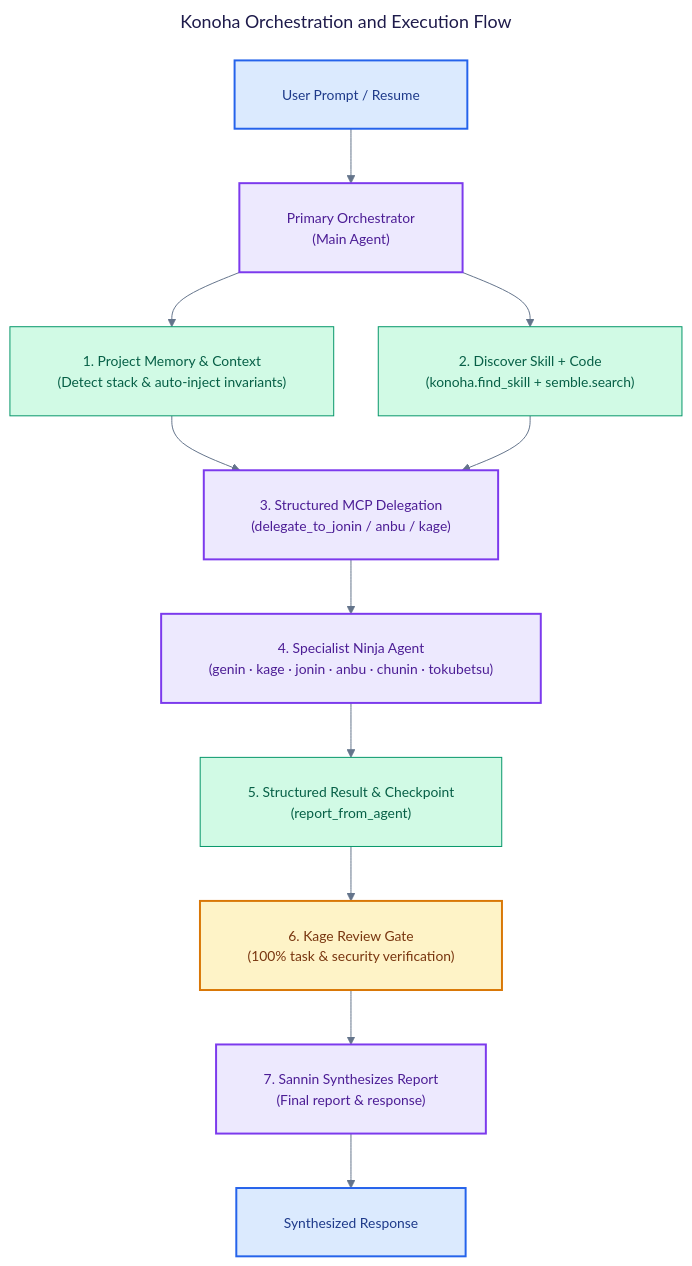
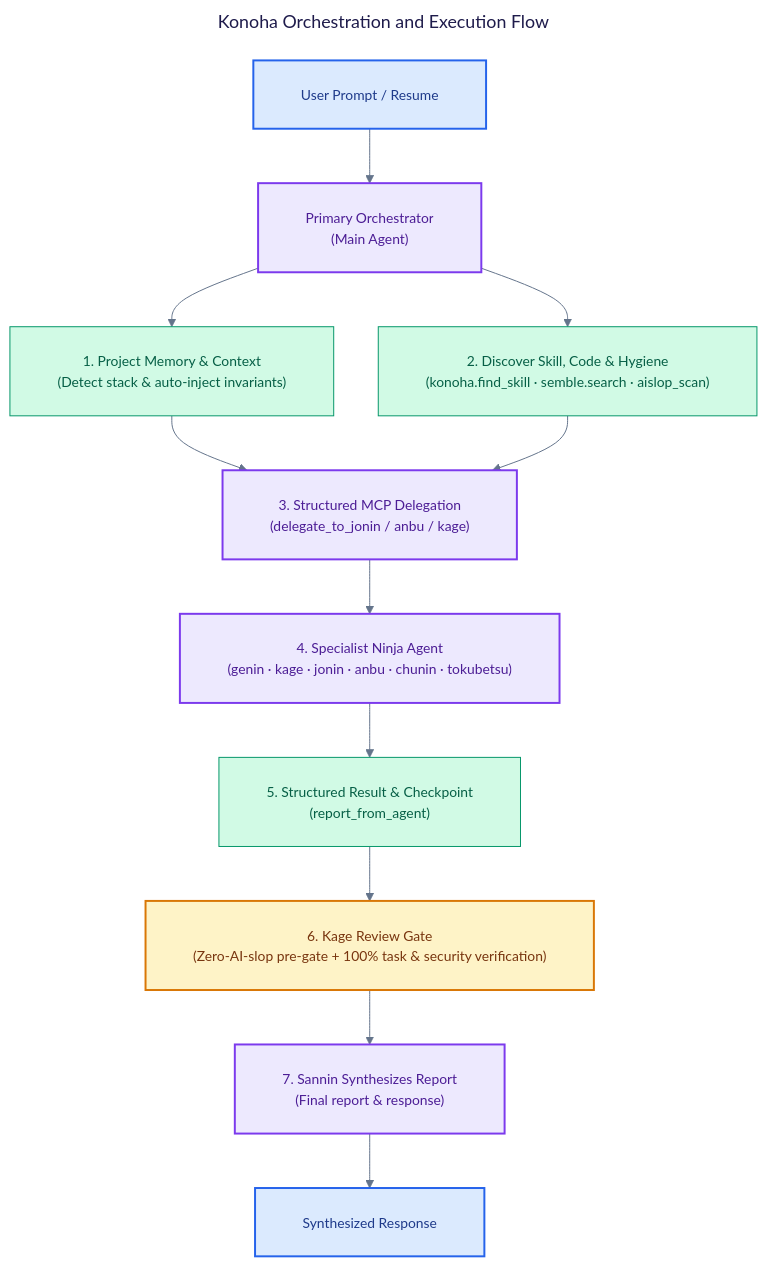
Before and after one commit to andycungkrinx91/konoha: the first of 2 diagrams in README.md, drawn with Mermaid. The commit also changed other lines of this file and 65 other files, not shown here.

````diff
--- a/README.md
+++ b/README.md
@@ -279,43 +299,43 @@
 ```mermaid
 ---
 title: Konoha Orchestration and Execution Flow
 config:
   theme: base
   themeVariables:
     background: '#ffffff'
     primaryColor: '#ede9fe'
     primaryTextColor: '#1e1b4b'
     primaryBorderColor: '#7c3aed'
     lineColor: '#64748b'
     secondaryColor: '#d1fae5'
     tertiaryColor: '#dbeafe'
     fontFamily: 'Inter, system-ui, sans-serif'
     fontSize: '14px'
   flowchart:
     nodeSpacing: 45
     rankSpacing: 55
     padding: 24
     wrappingWidth: 380
 ---
 flowchart TB
     Prompt["User Prompt / Resume"] --> Orchestrator["Primary Orchestrator<br/>(Main Agent)"]
     Orchestrator --> Context["1. Project Memory & Context<br/>(Detect stack & auto-inject invariants)"]
-    Orchestrator --> Discover["2. Discover Skill + Code<br/>(konoha.find_skill + semble.search)"]
+    Orchestrator --> Discover["2. Discover Skill, Code & Hygiene<br/>(konoha.find_skill · semble.search · aislop_scan)"]
     Context --> Delegate["3. Structured MCP Delegation<br/>(delegate_to_jonin / anbu / kage)"]
     Discover --> Delegate
     Delegate --> Agent["4. Specialist Ninja Agent<br/>(genin · kage · jonin · anbu · chunin · tokubetsu)"]
     Agent --> Report["5. Structured Result & Checkpoint<br/>(report_from_agent)"]
-    Report --> Review["6. Kage Review Gate<br/>(100% task & security verification)"]
+    Report --> Review["6. Kage Review Gate<br/>(Zero-AI-slop pre-gate + 100% task & security verification)"]
     Review --> Synthesize["7. Sannin Synthesizes Report<br/>(Final report & response)"]
     Synthesize --> Response["Synthesized Response"]
 
     classDef user fill:#dbeafe,stroke:#2563eb,color:#1e3a8a,stroke-width:2px
     classDef orchestration fill:#ede9fe,stroke:#7c3aed,color:#4c1d95,stroke-width:2px
     classDef mcp fill:#d1fae5,stroke:#059669,color:#065f46
     classDef review fill:#fef3c7,stroke:#d97706,color:#78350f,stroke-width:2px
     class Prompt,Response user
     class Orchestrator,Synthesize orchestration
     class Context,Discover,Report mcp
     class Review review
     class Delegate,Agent orchestration
 ```
````
